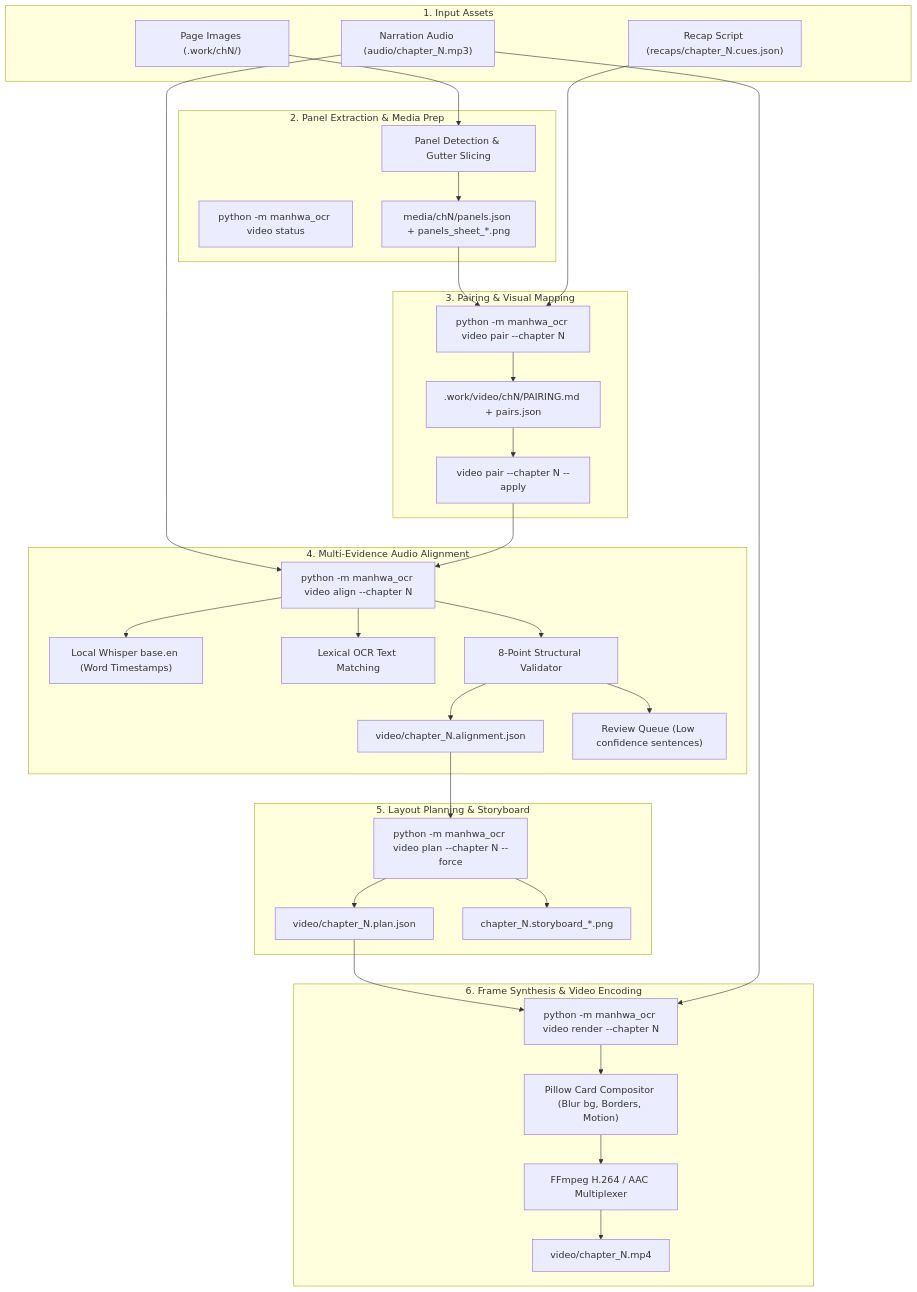
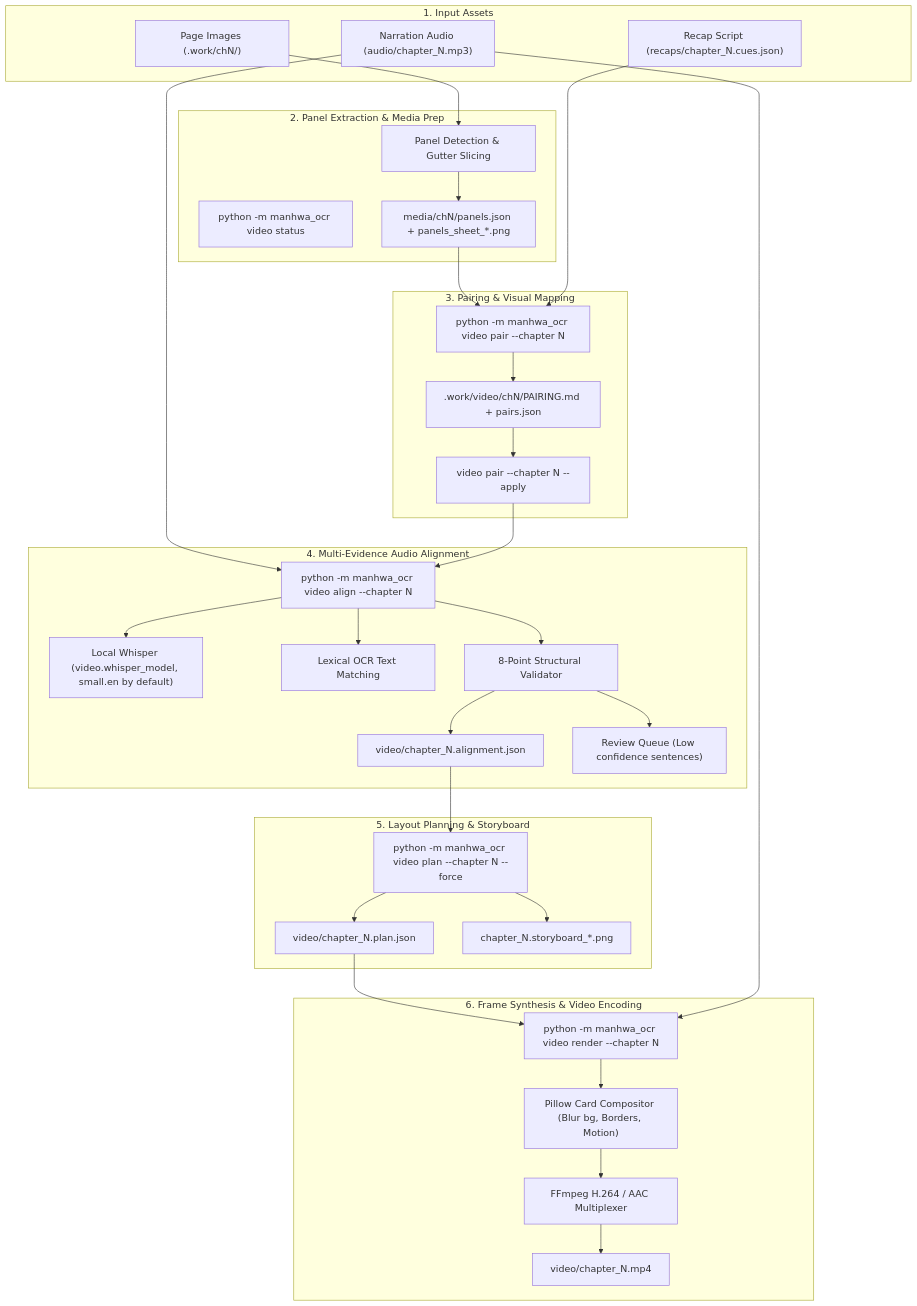
Before and after one commit to itsakash-real/MahwaOCR-Video-: the second of 5 diagrams in docs/manhwa_ocr_architecture_and_workflow_guide.md, drawn with Mermaid. The commit also changed other lines of this file and 5 other files, not shown here.

````diff
--- a/docs/manhwa_ocr_architecture_and_workflow_guide.md
+++ b/docs/manhwa_ocr_architecture_and_workflow_guide.md
@@ -33,53 +33,53 @@
 ```mermaid
 flowchart TD
     subgraph Input_Assets ["1. Input Assets"]
         IMG["Page Images (.work/chN/)"]
         AUD["Narration Audio (audio/chapter_N.mp3)"]
         REC["Recap Script (recaps/chapter_N.cues.json)"]
     end
 
     subgraph Stage_Panels ["2. Panel Extraction & Media Prep"]
         PS["python -m manhwa_ocr video status"]
         PE["Panel Detection & Gutter Slicing"]
         IMG --> PE
         PE --> PJ["media/chN/panels.json + panels_sheet_*.png"]
     end
 
     subgraph Stage_Pairing ["3. Pairing & Visual Mapping"]
         VP["python -m manhwa_ocr video pair --chapter N"]
         PJ --> VP
         REC --> VP
         VP --> PMD[".work/video/chN/PAIRING.md + pairs.json"]
         VPA["video pair --chapter N --apply"]
         PMD --> VPA
     end
 
     subgraph Stage_Alignment ["4. Multi-Evidence Audio Alignment"]
         VA["python -m manhwa_ocr video align --chapter N"]
         AUD --> VA
         VPA --> VA
-        WSP["Local Whisper base.en (Word Timestamps)"]
+        WSP["Local Whisper (video.whisper_model, small.en by default)"]
         OCR_MATCH["Lexical OCR Text Matching"]
         VA --> WSP
         VA --> OCR_MATCH
         VA --> VAL["8-Point Structural Validator"]
         VAL --> ALIGN_JSON["video/chapter_N.alignment.json"]
         VAL --> REV_Q["Review Queue (Low confidence sentences)"]
     end
 
     subgraph Stage_Planning ["5. Layout Planning & Storyboard"]
         VPL["python -m manhwa_ocr video plan --chapter N --force"]
         ALIGN_JSON --> VPL
         VPL --> PLAN_JSON["video/chapter_N.plan.json"]
         VPL --> SB["chapter_N.storyboard_*.png"]
     end
 
     subgraph Stage_Render ["6. Frame Synthesis & Video Encoding"]
         VR["python -m manhwa_ocr video render --chapter N"]
         PLAN_JSON --> VR
         AUD --> VR
         VR --> PIL_COMP["Pillow Card Compositor (Blur bg, Borders, Motion)"]
         PIL_COMP --> FFMPEG["FFmpeg H.264 / AAC Multiplexer"]
         FFMPEG --> MP4["video/chapter_N.mp4"]
     end
 ```
````
